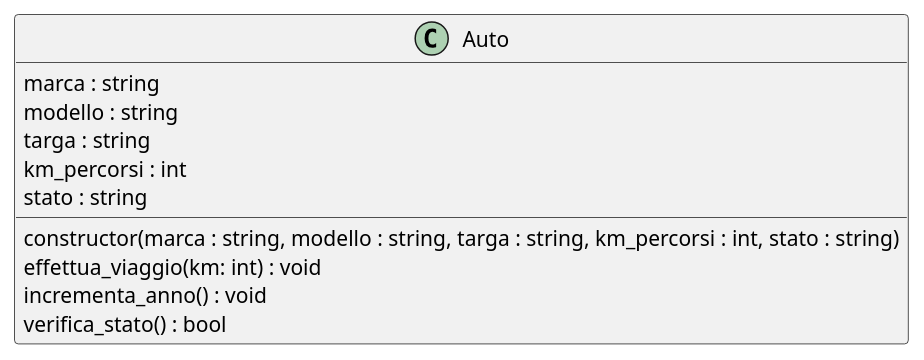
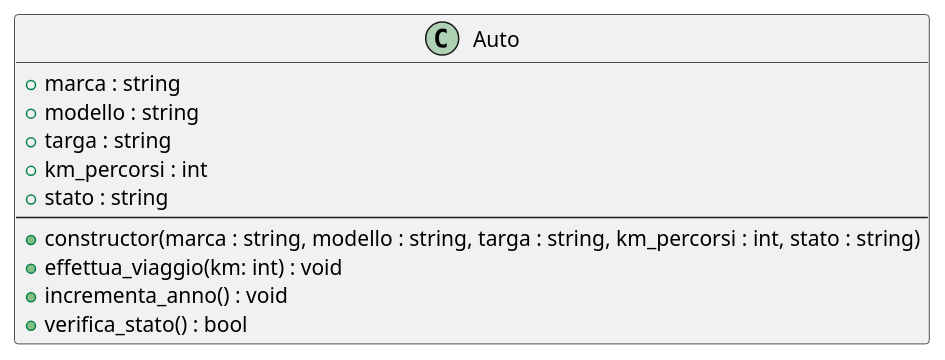
Before and after one commit to angelogalantiscuola/2425_4M: the diagram in esercizio_01.puml, drawn with PlantUML. The commit also changed 7 other files, not shown here.

```diff
--- a/esercizio_01.puml
+++ b/esercizio_01.puml
@@ -1,14 +1,14 @@
 @startuml Auto
 class Auto {
-  marca : string
-  modello : string
-  targa : string
-  km_percorsi : int
-  stato : string
-
-  constructor(marca : string, modello : string, targa : string, km_percorsi : int, stato : string)
-  effettua_viaggio(km: int) : void
-  incrementa_anno() : void
-  verifica_stato() : bool
+  + marca : string
+  + modello : string
+  + targa : string
+  + km_percorsi : int
+  + stato : string
+  --
+  + constructor(marca : string, modello : string, targa : string, km_percorsi : int, stato : string)
+  + effettua_viaggio(km: int) : void
+  + incrementa_anno() : void
+  + verifica_stato() : bool
 }
 @enduml
```
